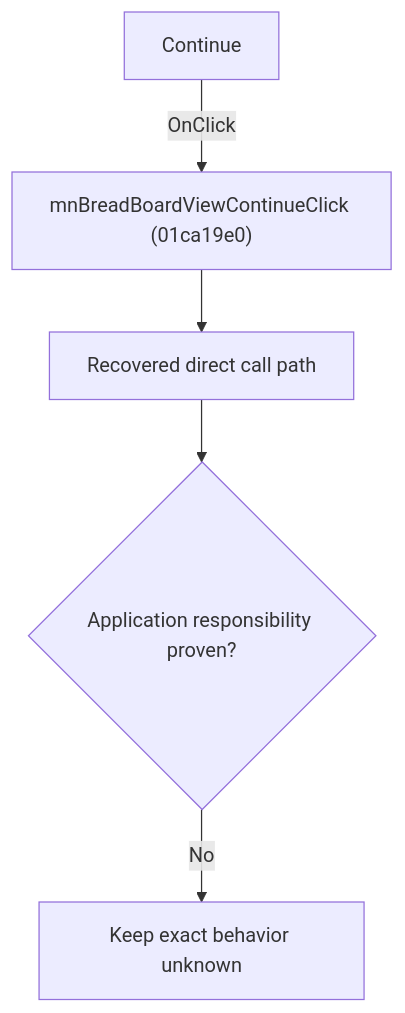
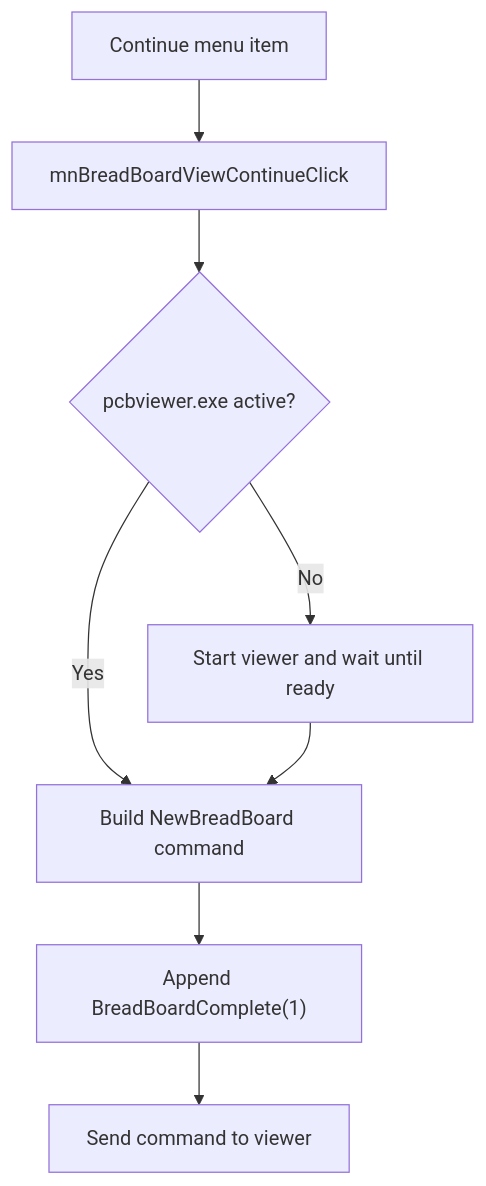
Before and after one commit to MovGP0/TIARA: the diagram in docs/ui-controls/schematiceditor/mnbreadboardviewcontinue-1f4e552fb6.md, drawn with Mermaid. The commit also changed other lines of this file and 241 other files, not shown here.

````diff
--- a/docs/ui-controls/schematiceditor/mnbreadboardviewcontinue-1f4e552fb6.md
+++ b/docs/ui-controls/schematiceditor/mnbreadboardviewcontinue-1f4e552fb6.md
@@ -27,7 +19,10 @@
 ```mermaid
 flowchart TD
-    control["Continue"] -->|"OnClick"| handler["mnBreadBoardViewContinueClick (01ca19e0)"]
-    handler --> recovered["Recovered direct call path"]
-    recovered --> gap{"Application responsibility proven?"}
-    gap -->|"No"| blocked["Keep exact behavior unknown"]
+    control["Continue menu item"] --> handler["mnBreadBoardViewContinueClick"]
+    handler --> running{"pcbviewer.exe active?"}
+    running -->|"No"| launch["Start viewer and wait until ready"]
+    running -->|"Yes"| build["Build NewBreadBoard command"]
+    launch --> build
+    build --> mode["Append BreadBoardComplete(1)"]
+    mode --> send["Send command to viewer"]
 ```
````
